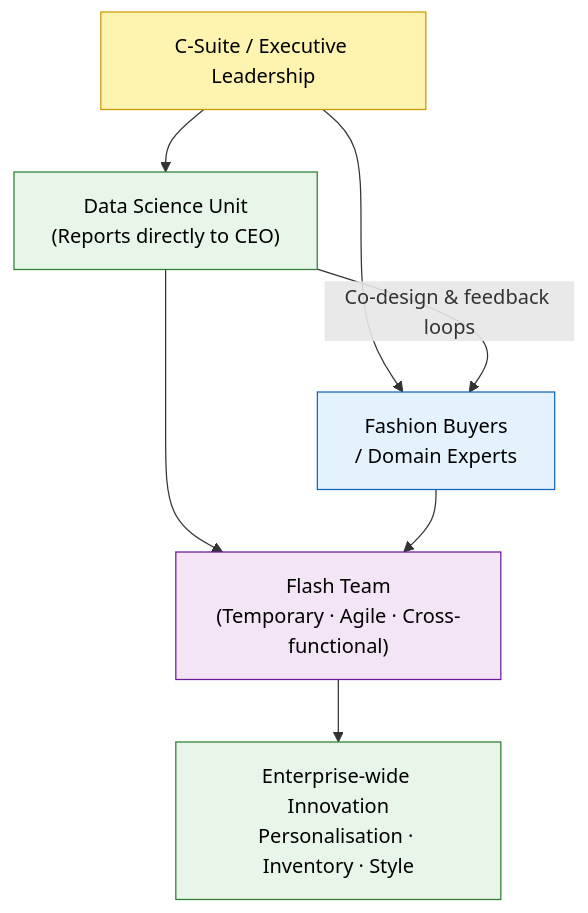
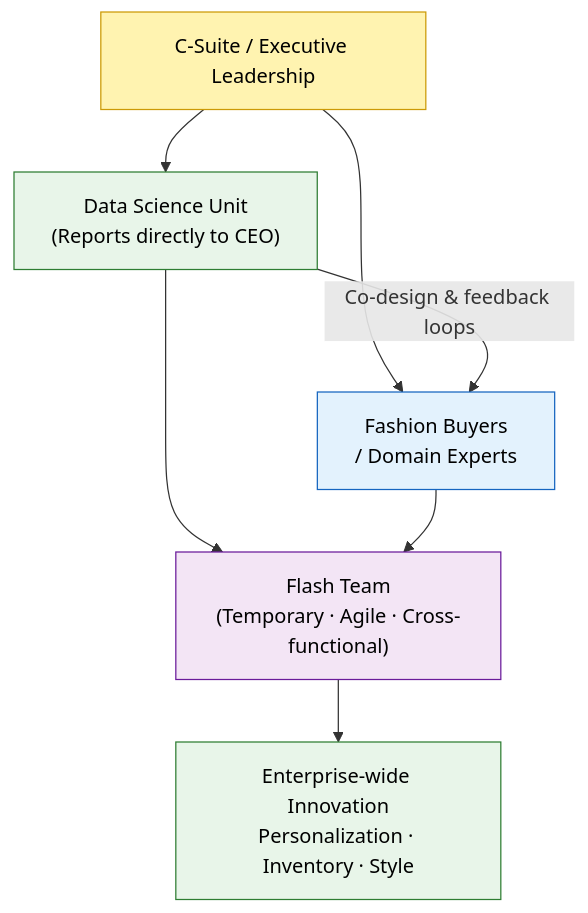
Before and after one commit to sfrancis2017/sajivfrancis.github.io: the second of 5 diagrams in src/content/blog/2026-06-07-ai-driven-leadership.mdx, drawn with Mermaid. The commit also changed other lines of this file and 9 other files, not shown here.

````diff
--- a/src/content/blog/2026-06-07-ai-driven-leadership.mdx
+++ b/src/content/blog/2026-06-07-ai-driven-leadership.mdx
@@ -63,26 +63,26 @@
 ```mermaid
 flowchart TD
   classDef exec fill:#fff3b0,stroke:#cc9a06,color:#000
   classDef ds fill:#e8f5e9,stroke:#2e7d32,color:#000
   classDef biz fill:#e3f2fd,stroke:#1565c0,color:#000
   classDef flash fill:#f3e5f5,stroke:#6a1b9a,color:#000
 
   CEO["C-Suite / Executive Leadership"]
   DS["Data Science Unit<br/>(Reports directly to CEO)"]
   FB["Fashion Buyers<br/>/ Domain Experts"]
   FT["Flash Team<br/>(Temporary · Agile · Cross-functional)"]
-  OUT["Enterprise-wide Innovation<br/>Personalisation · Inventory · Style"]
+  OUT["Enterprise-wide Innovation<br/>Personalization · Inventory · Style"]
 
   CEO --> DS
   CEO --> FB
   DS -->|"Co-design & feedback loops"| FB
   DS --> FT
   FB --> FT
   FT --> OUT
 
   class CEO exec
   class DS ds
   class FB biz
   class FT flash
   class OUT ds
 ```
````
